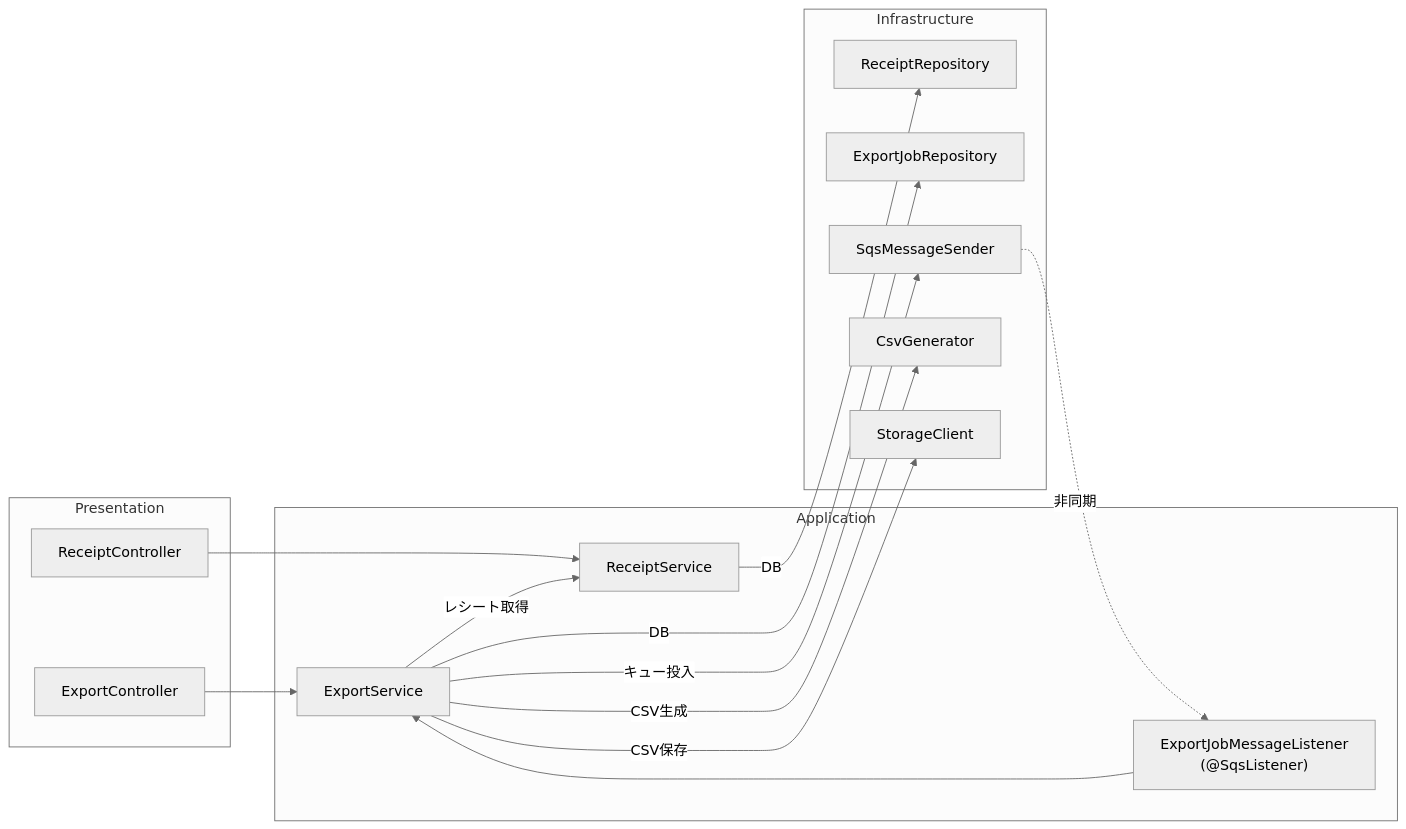
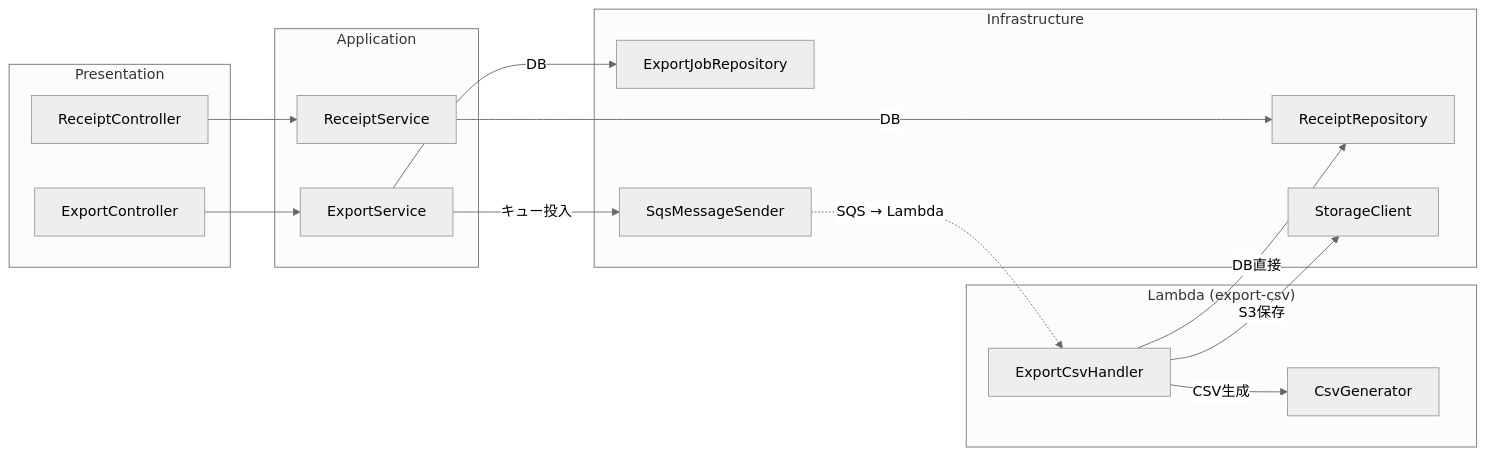
One commit to akihotsuji/portfolio-receipt-ocr changed the tenth of 10 diagrams in docs/3.詳細設計/シーケンス図.md. Above: the diagram before and after it, drawn with Mermaid (neutral theme). The commit also changed other lines of this file and 10 other files, not shown here.

````diff
--- a/docs/3.詳細設計/シーケンス図.md
+++ b/docs/3.詳細設計/シーケンス図.md
@@ -521,32 +559,34 @@
 ```mermaid
 graph LR
     subgraph Presentation
         RC[ReceiptController]
         EC[ExportController]
     end
 
     subgraph Application
         RS[ReceiptService]
         ES[ExportService]
-        EJML["ExportJobMessageListener<br/>(@SqsListener)"]
     end
 
     subgraph Infrastructure
         RR[ReceiptRepository]
         EJR[ExportJobRepository]
         SMS[SqsMessageSender]
+        SC[StorageClient]
+    end
+
+    subgraph LambdaFn["Lambda (export-csv)"]
+        Handler[ExportCsvHandler]
         CSV[CsvGenerator]
-        SC[StorageClient]
     end
 
     RC --> RS
     RS -->|DB| RR
     EC --> ES
     ES -->|DB| EJR
     ES -->|キュー投入| SMS
-    SMS -.->|非同期| EJML
-    EJML --> ES
-    ES -->|レシート取得| RS
-    ES -->|CSV生成| CSV
-    ES -->|CSV保存| SC
+    SMS -.->|"SQS → Lambda"| Handler
+    Handler -->|CSV生成| CSV
+    Handler -->|DB直接| RR
+    Handler -->|S3保存| SC
 ```
````
